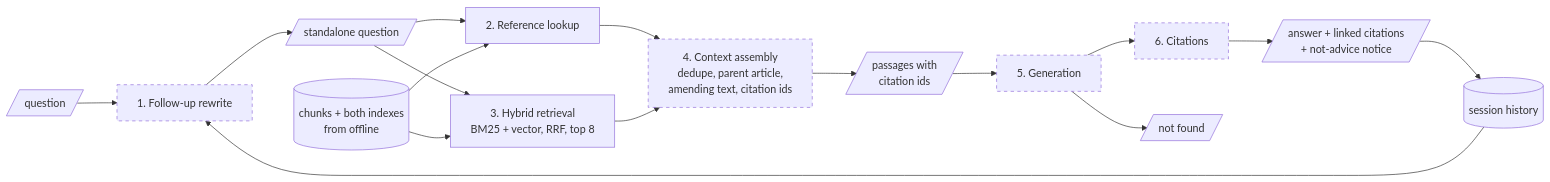
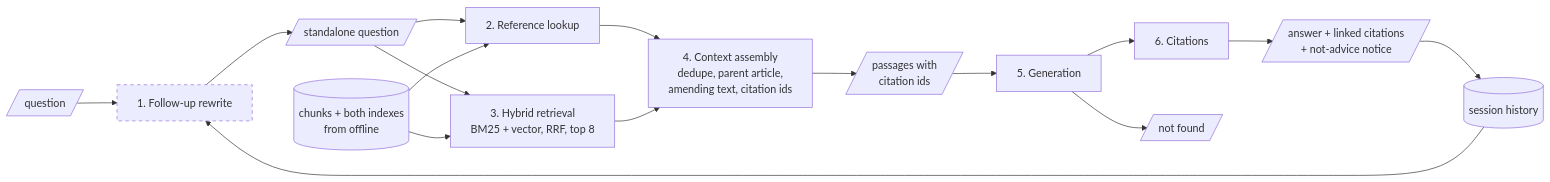
One commit to HieuQuang4438/vn-tax-law-rag changed the second of 2 diagrams in docs/product/architecture.md. Above: the diagram before and after it, drawn with Mermaid. The commit also changed other lines of this file and 4 other files, not shown here.

````diff
--- a/docs/product/architecture.md
+++ b/docs/product/architecture.md
@@ -117,21 +118,21 @@
 ```mermaid
 flowchart LR
     q[/"question"/] --> s1[1. Follow-up rewrite]
     hist[("session history")] --> s1
     s1 --> sq[/"standalone question"/]
     sq --> s2[2. Reference lookup]
     sq --> s3[3. Hybrid retrieval<br/>BM25 + vector, RRF, top 8]
     idx[("chunks + both indexes<br/>from offline")] --> s2
     idx --> s3
     s2 --> s4[4. Context assembly<br/>dedupe, parent article,<br/>amending text, citation ids]
     s3 --> s4
     s4 --> pass[/"passages with<br/>citation ids"/]
     pass --> s5[5. Generation]
     s5 --> s6[6. Citations]
     s5 --> nf[/"not found"/]
     s6 --> ans[/"answer + linked citations<br/>+ not-advice notice"/]
     ans --> hist
 
     classDef planned stroke-dasharray: 5 5
-    class s1,s4,s5,s6 planned
+    class s1 planned
 ```
````
